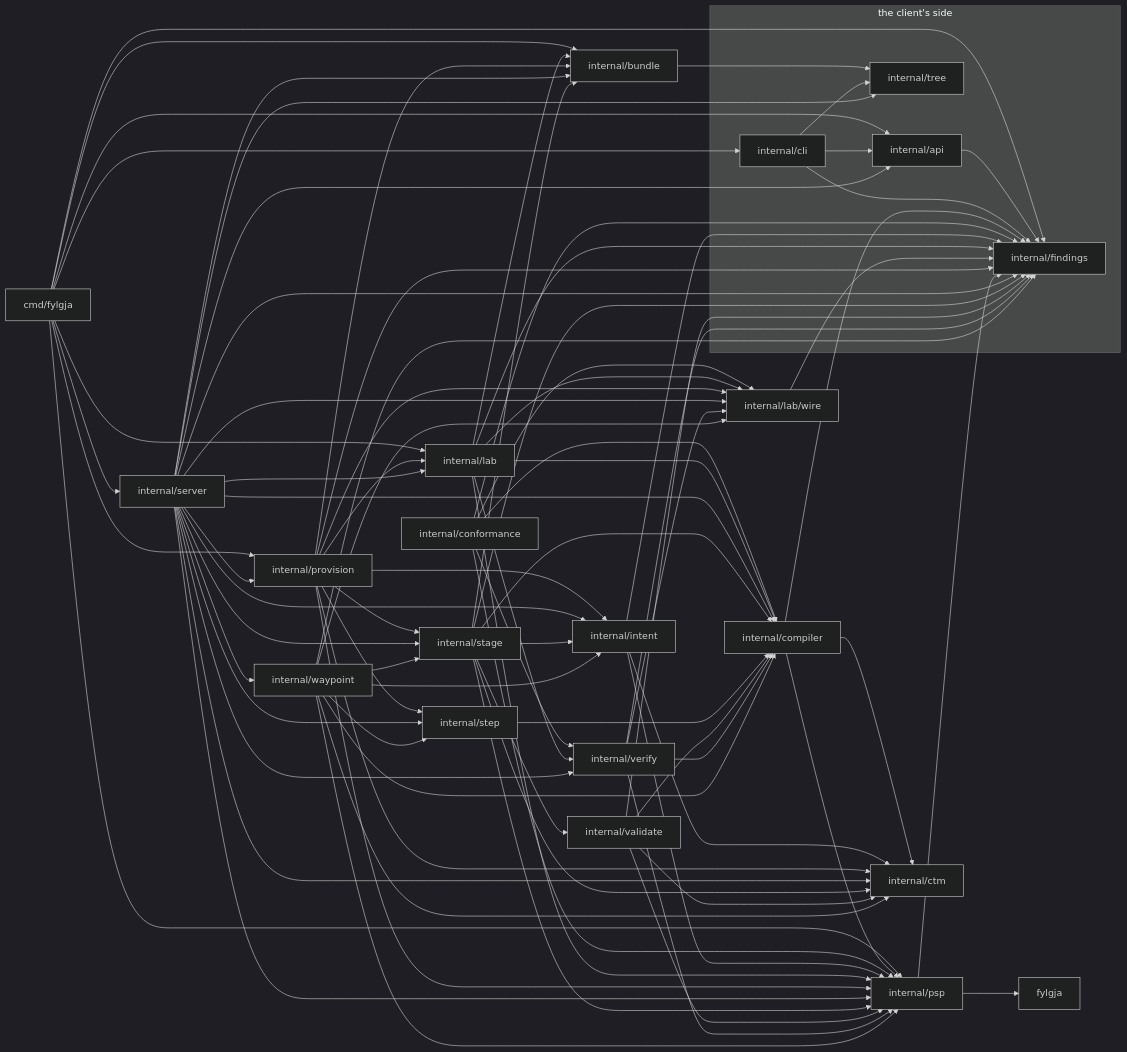
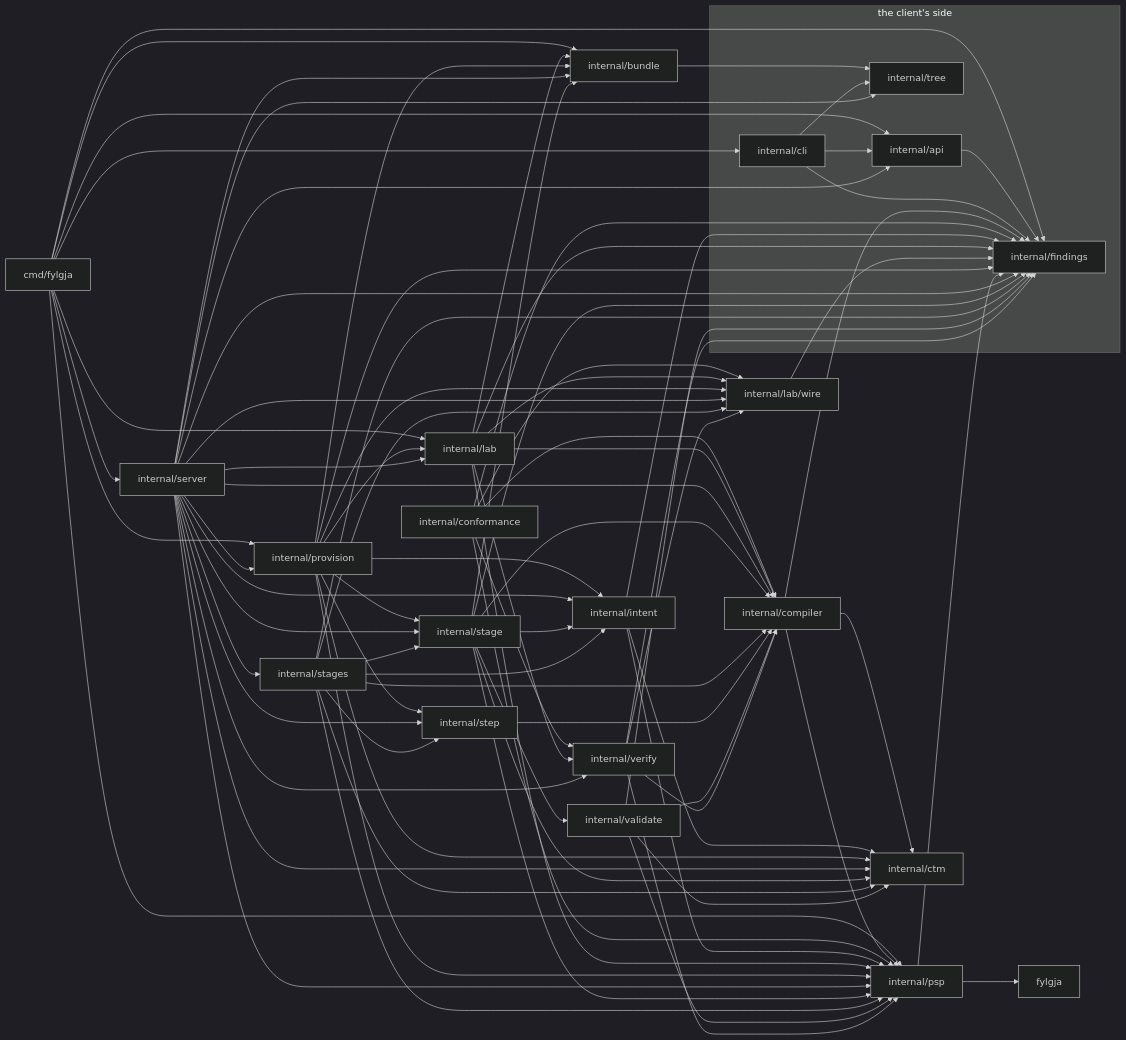
The diagram in docs/development.md (happypathnetworking/fylgja), drawn with Mermaid (dark theme) before and after one commit. The commit also changed 122 other files, not shown here.

````diff
--- a/docs/development.md
+++ b/docs/development.md
@@ -335,10 +335,10 @@
     internal_psp["internal/psp"]
     internal_server["internal/server"]
     internal_stage["internal/stage"]
+    internal_stages["internal/stages"]
     internal_step["internal/step"]
     internal_validate["internal/validate"]
     internal_verify["internal/verify"]
-    internal_waypoint["internal/waypoint"]
     cmd_fylgja --> internal_api
     cmd_fylgja --> internal_bundle
     cmd_fylgja --> internal_cli
@@ -392,10 +392,10 @@
     internal_server --> internal_provision
     internal_server --> internal_psp
     internal_server --> internal_stage
+    internal_server --> internal_stages
     internal_server --> internal_step
     internal_server --> internal_tree
     internal_server --> internal_verify
-    internal_server --> internal_waypoint
     internal_stage --> internal_bundle
     internal_stage --> internal_compiler
     internal_stage --> internal_ctm
@@ -403,6 +403,14 @@
     internal_stage --> internal_intent
     internal_stage --> internal_psp
     internal_stage --> internal_validate
+    internal_stages --> internal_compiler
+    internal_stages --> internal_ctm
+    internal_stages --> internal_findings
+    internal_stages --> internal_intent
+    internal_stages --> internal_lab_wire
+    internal_stages --> internal_psp
+    internal_stages --> internal_stage
+    internal_stages --> internal_step
     internal_step --> internal_compiler
     internal_validate --> internal_compiler
     internal_validate --> internal_ctm
@@ -412,12 +420,4 @@
     internal_verify --> internal_findings
     internal_verify --> internal_lab_wire
     internal_verify --> internal_psp
-    internal_waypoint --> internal_compiler
-    internal_waypoint --> internal_ctm
-    internal_waypoint --> internal_findings
-    internal_waypoint --> internal_intent
-    internal_waypoint --> internal_lab_wire
-    internal_waypoint --> internal_psp
-    internal_waypoint --> internal_stage
-    internal_waypoint --> internal_step
 ```
````
